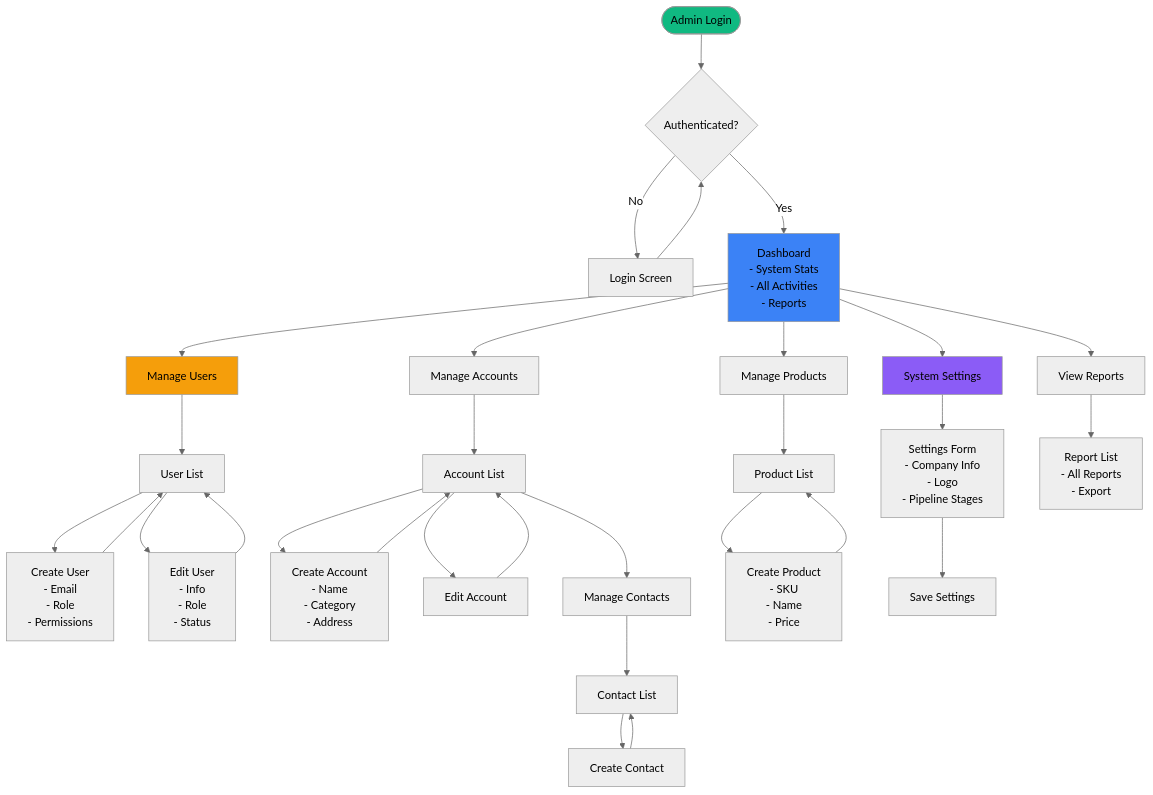
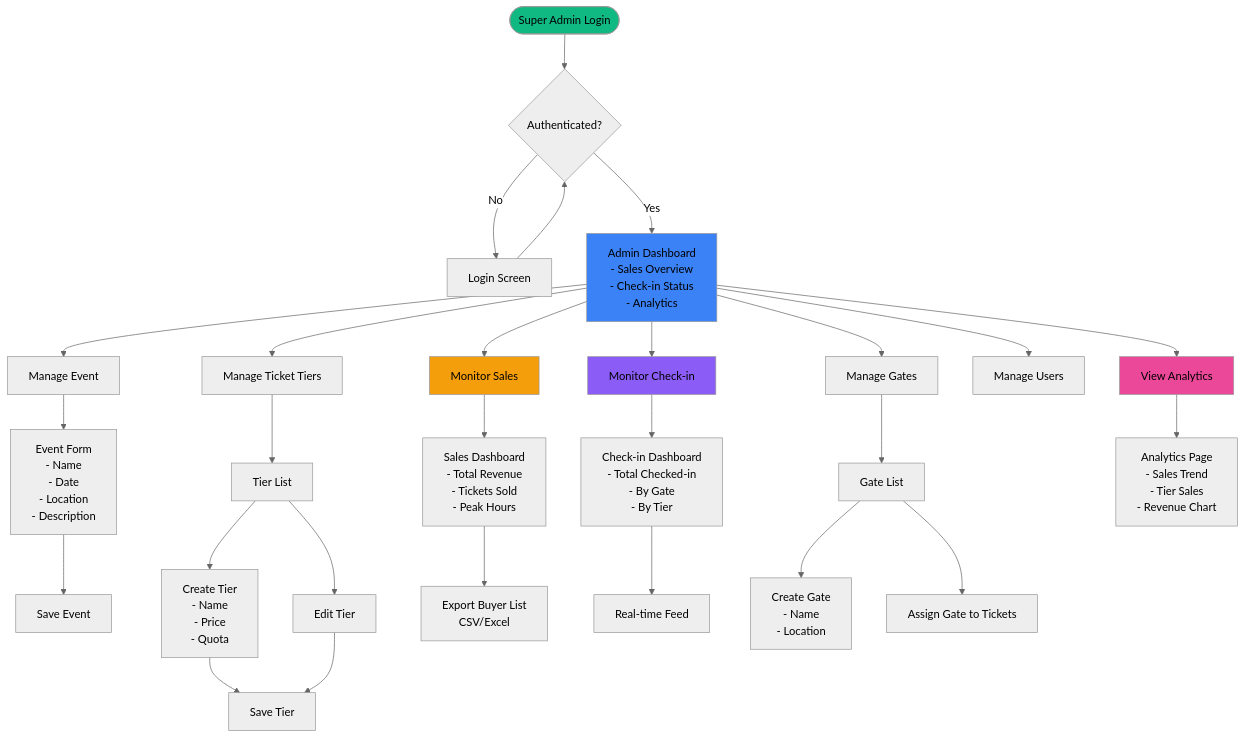
One commit to Gilabs-Studio/webapp-ticket-konser changed the sixth of 13 diagrams in docs/PROJECT_DIAGRAMS.md. Above: the diagram before and after it, drawn with Mermaid (neutral theme). The commit also changed other lines of this file and 8 other files, not shown here.

````diff
--- a/docs/PROJECT_DIAGRAMS.md
+++ b/docs/PROJECT_DIAGRAMS.md
@@ -309,43 +249,42 @@
 ```mermaid
 flowchart TD
-    START([Admin Login]) --> AUTH{Authenticated?}
+    START([Super Admin Login]) --> AUTH{Authenticated?}
     AUTH -->|No| LOGIN[Login Screen]
     LOGIN --> AUTH
-    AUTH -->|Yes| DASHBOARD[Dashboard<br/>- System Stats<br/>- All Activities<br/>- Reports]
+    AUTH -->|Yes| DASHBOARD[Admin Dashboard<br/>- Sales Overview<br/>- Check-in Status<br/>- Analytics]
     
+    DASHBOARD --> MANAGE_EVENT[Manage Event]
+    DASHBOARD --> MANAGE_TIERS[Manage Ticket Tiers]
+    DASHBOARD --> MONITOR_SALES[Monitor Sales]
+    DASHBOARD --> MONITOR_CHECKIN[Monitor Check-in]
+    DASHBOARD --> MANAGE_GATES[Manage Gates]
     DASHBOARD --> MANAGE_USERS[Manage Users]
-    DASHBOARD --> MANAGE_ACCOUNTS[Manage Accounts]
-    DASHBOARD --> MANAGE_PRODUCTS[Manage Products]
-    DASHBOARD --> SYSTEM_SETTINGS[System Settings]
-    DASHBOARD --> VIEW_REPORTS[View Reports]
+    DASHBOARD --> VIEW_ANALYTICS[View Analytics]
     
-    MANAGE_USERS --> USER_LIST[User List]
-    USER_LIST --> CREATE_USER[Create User<br/>- Email<br/>- Role<br/>- Permissions]
-    USER_LIST --> EDIT_USER[Edit User<br/>- Info<br/>- Role<br/>- Status]
-    CREATE_USER --> USER_LIST
-    EDIT_USER --> USER_LIST
+    MANAGE_EVENT --> EVENT_FORM[Event Form<br/>- Name<br/>- Date<br/>- Location<br/>- Description]
+    EVENT_FORM --> SAVE_EVENT[Save Event]
     
-    MANAGE_ACCOUNTS --> ACCOUNT_LIST[Account List]
-    ACCOUNT_LIST --> CREATE_ACCOUNT[Create Account<br/>- Name<br/>- Category<br/>- Address]
-    ACCOUNT_LIST --> EDIT_ACCOUNT[Edit Account]
-    ACCOUNT_LIST --> MANAGE_CONTACTS[Manage Contacts]
-    CREATE_ACCOUNT --> ACCOUNT_LIST
-    EDIT_ACCOUNT --> ACCOUNT_LIST
-    MANAGE_CONTACTS --> CONTACT_LIST[Contact List]
-    CONTACT_LIST --> CREATE_CONTACT[Create Contact]
-    CREATE_CONTACT --> CONTACT_LIST
+    MANAGE_TIERS --> TIER_LIST[Tier List]
+    TIER_LIST --> CREATE_TIER[Create Tier<br/>- Name<br/>- Price<br/>- Quota]
+    TIER_LIST --> EDIT_TIER[Edit Tier]
+    CREATE_TIER --> SAVE_TIER[Save Tier]
+    EDIT_TIER --> SAVE_TIER
     
-    MANAGE_PRODUCTS --> PRODUCT_LIST[Product List]
-    PRODUCT_LIST --> CREATE_PRODUCT[Create Product<br/>- SKU<br/>- Name<br/>- Price]
-    CREATE_PRODUCT --> PRODUCT_LIST
+    MONITOR_SALES --> SALES_DASHBOARD[Sales Dashboard<br/>- Total Revenue<br/>- Tickets Sold<br/>- Peak Hours]
+    SALES_DASHBOARD --> EXPORT_BUYERS[Export Buyer List<br/>CSV/Excel]
     
-    SYSTEM_SETTINGS --> SETTINGS_FORM[Settings Form<br/>- Company Info<br/>- Logo<br/>- Pipeline Stages]
-    SETTINGS_FORM --> SAVE[Save Settings]
+    MONITOR_CHECKIN --> CHECKIN_DASHBOARD[Check-in Dashboard<br/>- Total Checked-in<br/>- By Gate<br/>- By Tier]
+    CHECKIN_DASHBOARD --> REAL_TIME[Real-time Feed]
     
-    VIEW_REPORTS --> REPORT_LIST[Report List<br/>- All Reports<br/>- Export]
+    MANAGE_GATES --> GATE_LIST[Gate List]
+    GATE_LIST --> CREATE_GATE[Create Gate<br/>- Name<br/>- Location]
+    GATE_LIST --> ASSIGN_GATE[Assign Gate to Tickets]
+    
+    VIEW_ANALYTICS --> ANALYTICS_PAGE[Analytics Page<br/>- Sales Trend<br/>- Tier Sales<br/>- Revenue Chart]
     
     style START fill:#10b981
     style DASHBOARD fill:#3b82f6
-    style MANAGE_USERS fill:#f59e0b
-    style SYSTEM_SETTINGS fill:#8b5cf6
+    style MONITOR_SALES fill:#f59e0b
+    style MONITOR_CHECKIN fill:#8b5cf6
+    style VIEW_ANALYTICS fill:#ec4899
 ```
````
